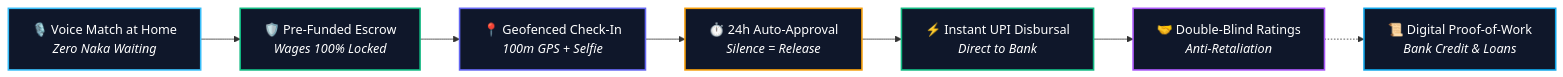
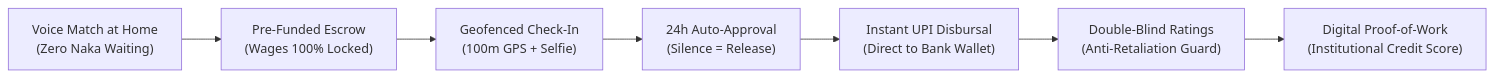
Before and after one commit to kasimshah19/WorkPulse: the second of 4 diagrams in README.md, drawn with Mermaid. The commit also changed other lines of this file, not shown here.

Commit message:
docs: fix Mermaid syntax strictly for GitHub markdown rich display rendering

````diff
--- a/README.md
+++ b/README.md
@@ -122,17 +116,9 @@
 ```mermaid
 flowchart LR
-    A["🎙️ Voice Match at Home<br/><i>Zero Naka Waiting</i>"] --> B["🛡️ Pre-Funded Escrow<br/><i>Wages 100% Locked</i>"]
-    B --> C["📍 Geofenced Check-In<br/><i>100m GPS + Selfie</i>"]
-    C --> D["⏱️ 24h Auto-Approval<br/><i>Silence = Release</i>"]
-    D --> E["⚡ Instant UPI Disbursal<br/><i>Direct to Bank</i>"]
-    E --> F["🤝 Double-Blind Ratings<br/><i>Anti-Retaliation</i>"]
-    F -.-> G["📜 Digital Proof-of-Work<br/><i>Bank Credit & Loans</i>"]
-
-    style A fill:#0f172a,stroke:#38bdf8,stroke-width:2px,color:#fff
-    style B fill:#0f172a,stroke:#10b981,stroke-width:2px,color:#fff
-    style C fill:#0f172a,stroke:#6366f1,stroke-width:2px,color:#fff
-    style D fill:#0f172a,stroke:#f59e0b,stroke-width:2px,color:#fff
-    style E fill:#0f172a,stroke:#10b981,stroke-width:2px,color:#fff
-    style F fill:#0f172a,stroke:#a855f7,stroke-width:2px,color:#fff
-    style G fill:#0f172a,stroke:#0ea5e9,stroke-width:2px,color:#fff
+    A["Voice Match at Home<br>(Zero Naka Waiting)"] --> B["Pre-Funded Escrow<br>(Wages 100% Locked)"]
+    B --> C["Geofenced Check-In<br>(100m GPS + Selfie)"]
+    C --> D["24h Auto-Approval<br>(Silence = Release)"]
+    D --> E["Instant UPI Disbursal<br>(Direct to Bank Wallet)"]
+    E --> F["Double-Blind Ratings<br>(Anti-Retaliation Guard)"]
+    F --> G["Digital Proof-of-Work<br>(Institutional Credit Score)"]
 ```
````
